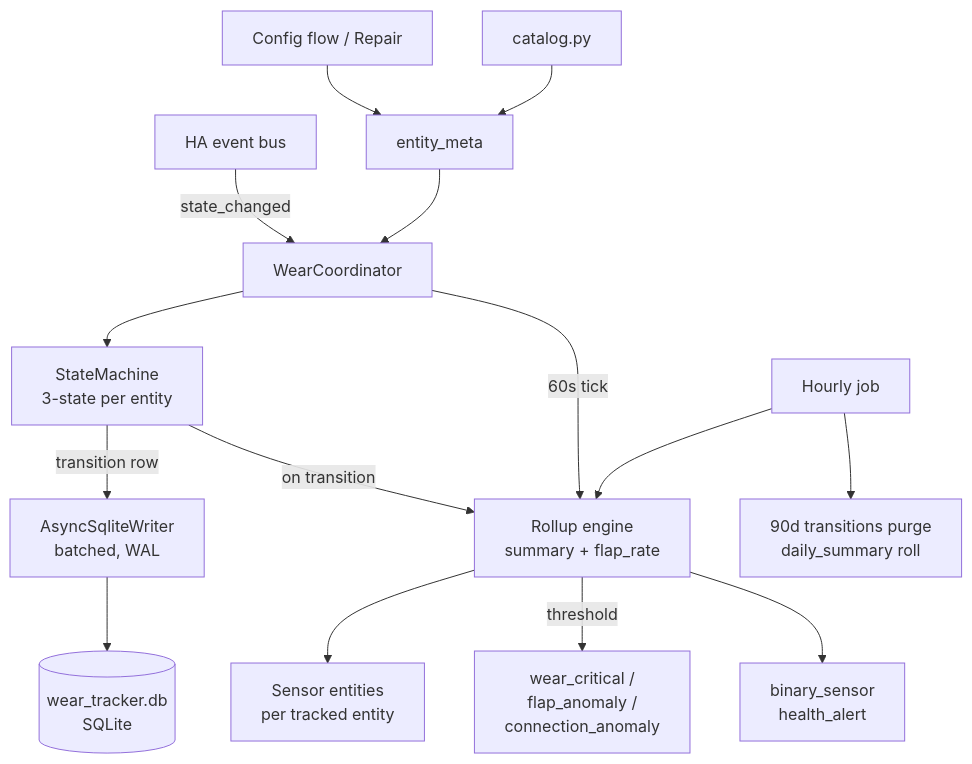
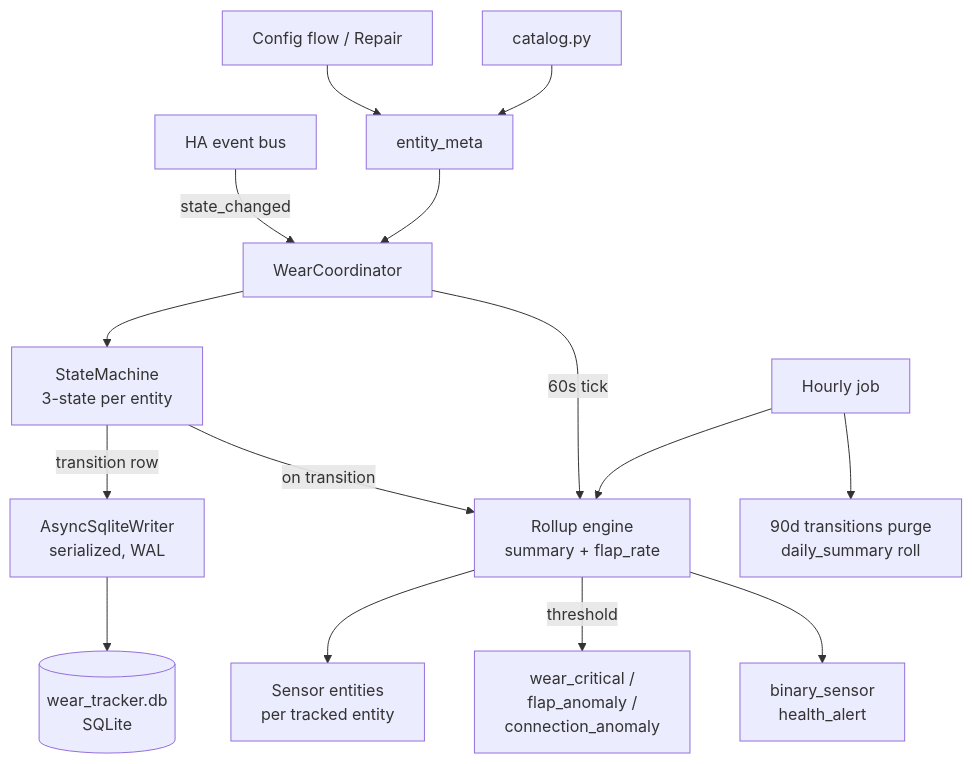
One commit to sfallows/hass-wear-tracker changed the diagram in DESIGN.md. Above: the diagram before and after it, drawn with Mermaid. The commit also changed other lines of this file and 1 other file, not shown here.

````diff
--- a/DESIGN.md
+++ b/DESIGN.md
@@ -11,17 +11,17 @@
 ```mermaid
 flowchart TD
     HA[HA event bus] -->|state_changed| Coord[WearCoordinator]
     Coord --> SM[StateMachine<br/>3-state per entity]
-    SM -->|transition row| Writer[AsyncSqliteWriter<br/>batched, WAL]
+    SM -->|transition row| Writer[AsyncSqliteWriter<br/>serialized, WAL]
     Writer --> DB[(wear_tracker.db<br/>SQLite)]
     SM -->|on transition| Roll[Rollup engine<br/>summary + flap_rate]
     Coord -->|60s tick| Roll
     Roll --> Sensors[Sensor entities<br/>per tracked entity]
     Roll -->|threshold| Events[wear_critical /<br/>flap_anomaly /<br/>connection_anomaly]
     Roll --> HealthBS[binary_sensor<br/>health_alert]
     Cron[Hourly job] --> Roll
     Cron --> Retention[90d transitions purge<br/>daily_summary roll]
     UI[Config flow / Repair] --> Registry[entity_meta]
     Registry --> Coord
     Catalog[catalog.py] --> Registry
 ```
````
